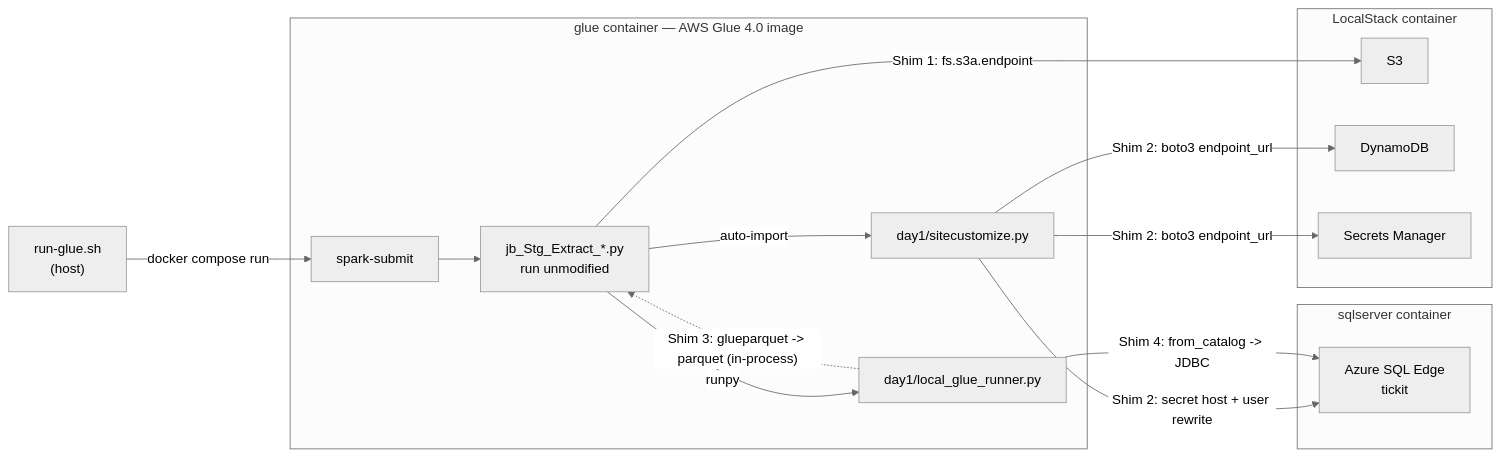
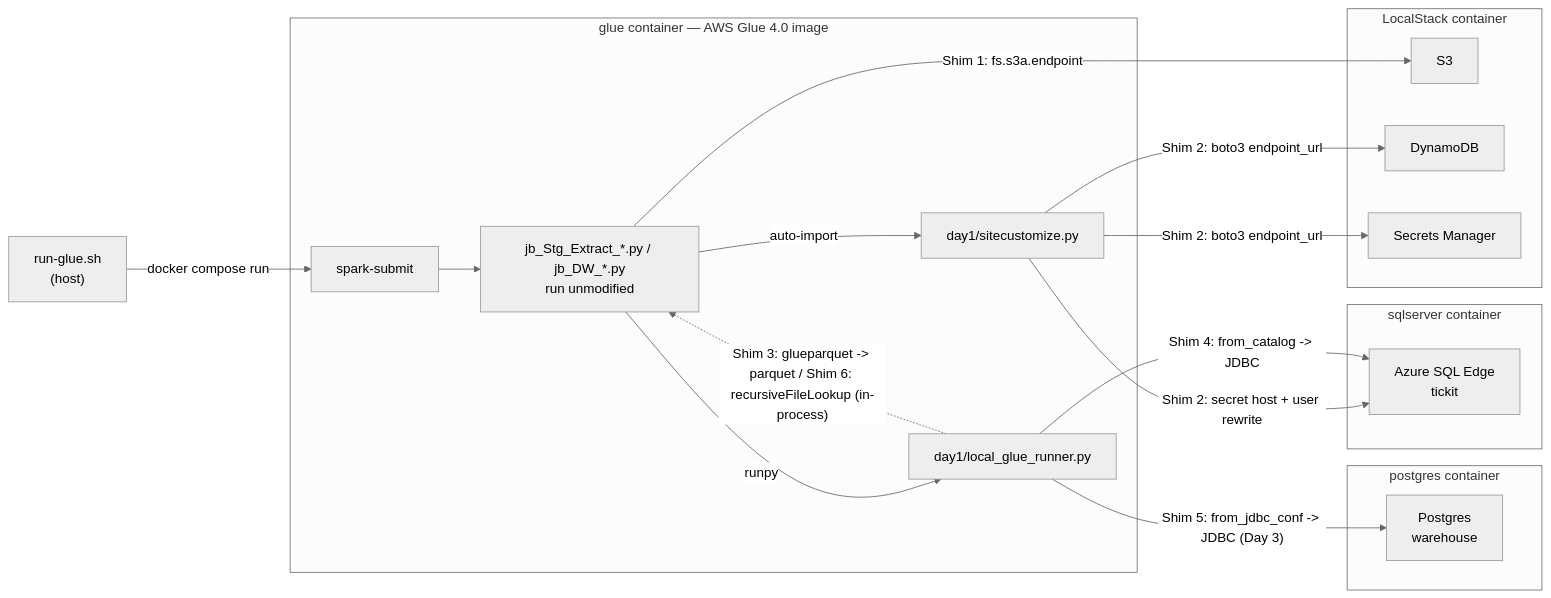
One commit to huyhoang1001/lakehouse changed the first of 2 diagrams in docs/local-development.md. Above: the diagram before and after it, drawn with Mermaid (neutral theme). The commit also changed other lines of this file and 29 other files, not shown here.

First line of the commit message:
feat(day3): add the lakehouse transform layer and run it locally

````diff
--- a/docs/local-development.md
+++ b/docs/local-development.md
@@ -169,23 +183,27 @@
 ```mermaid
 flowchart LR
   R["run-glue.sh<br/>(host)"] -->|"docker compose run"| S
   subgraph GC["glue container — AWS Glue 4.0 image"]
-    S["spark-submit"] --> J["jb_Stg_Extract_*.py<br/>run unmodified"]
+    S["spark-submit"] --> J["jb_Stg_Extract_*.py / jb_DW_*.py<br/>run unmodified"]
     J -->|"auto-import"| TS["day1/sitecustomize.py"]
     J -->|"runpy"| LR["day1/local_glue_runner.py"]
   end
   subgraph LSC["LocalStack container"]
     S3["S3"]
     DDB["DynamoDB"]
     SM["Secrets Manager"]
   end
   subgraph SQ["sqlserver container"]
     DB["Azure SQL Edge<br/>tickit"]
   end
+  subgraph PG["postgres container"]
+    WH["Postgres<br/>warehouse"]
+  end
   J  -->|"Shim 1: fs.s3a.endpoint"| S3
   TS -->|"Shim 2: boto3 endpoint_url"| DDB
   TS -->|"Shim 2: boto3 endpoint_url"| SM
   TS -->|"Shim 2: secret host + user rewrite"| DB
   LR -->|"Shim 4: from_catalog -> JDBC"| DB
-  LR -.->|"Shim 3: glueparquet -> parquet (in-process)"| J
+  LR -->|"Shim 5: from_jdbc_conf -> JDBC (Day 3)"| WH
+  LR -.->|"Shim 3: glueparquet -> parquet / Shim 6: recursiveFileLookup (in-process)"| J
 ```
````
